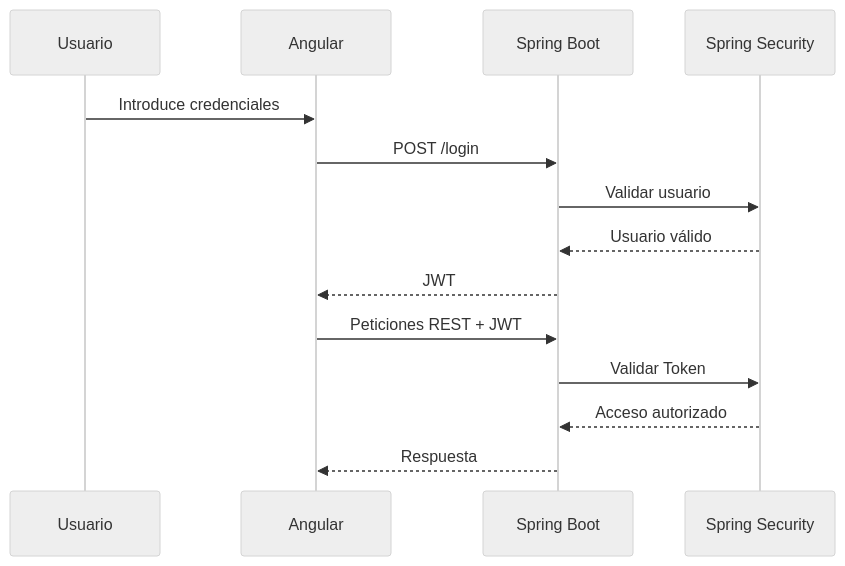
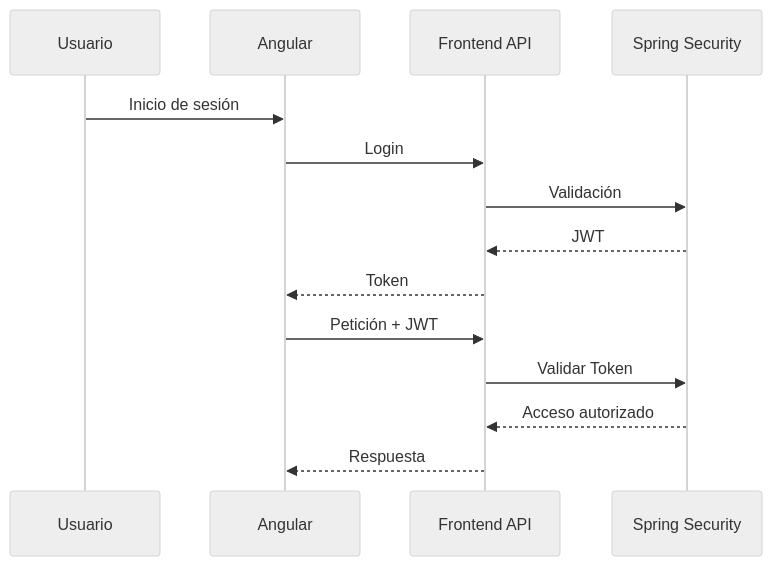
The fourth of 5 diagrams in template-docs/01-introduction/architecture.md (ijgomez/template), drawn with Mermaid (neutral theme) before and after one commit. The commit also changed other lines of this file and 4 other files, not shown here.

````diff
--- a/template-docs/01-introduction/architecture.md
+++ b/template-docs/01-introduction/architecture.md
@@ -179,18 +242,19 @@
 ```mermaid
 sequenceDiagram
 
 participant U as Usuario
 participant A as Angular
-participant B as Spring Boot
+participant API as Frontend API
 participant S as Spring Security
 
-U->>A: Introduce credenciales
-A->>B: POST /login
-B->>S: Validar usuario
-S-->>B: Usuario válido
-B-->>A: JWT
-A->>B: Peticiones REST + JWT
-B->>S: Validar Token
-S-->>B: Acceso autorizado
-B-->>A: Respuesta
+U->>A: Inicio de sesión
+A->>API: Login
+API->>S: Validación
+S-->>API: JWT
+API-->>A: Token
+
+A->>API: Petición + JWT
+API->>S: Validar Token
+S-->>API: Acceso autorizado
+API-->>A: Respuesta
 ```
````
